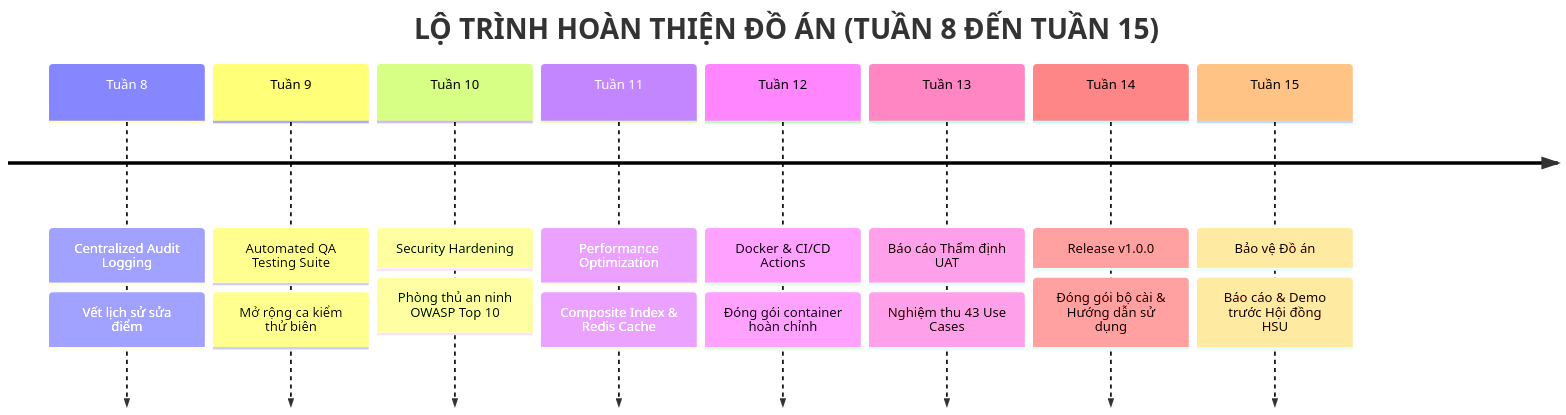
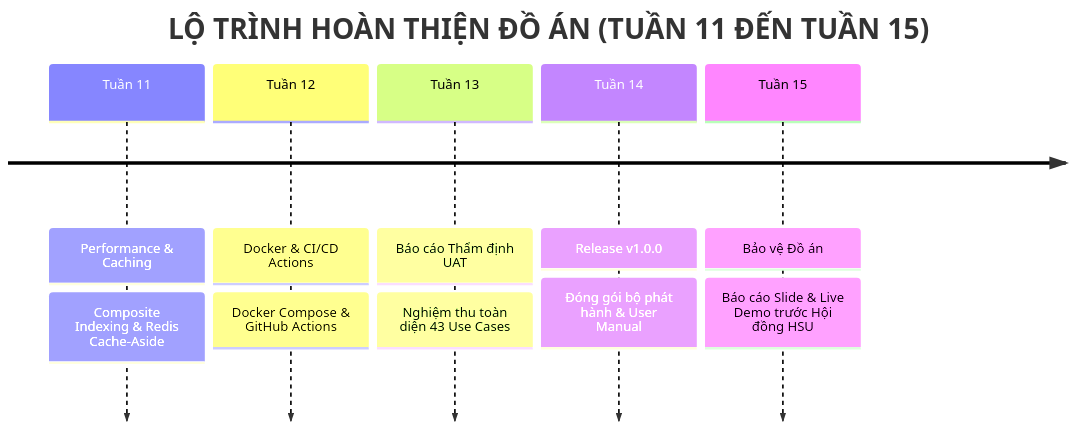
One commit to DYBInh2k5/Phat-Trien-Du-An-Phan-Mem changed the fourth of 4 diagrams in Report_Slide/slide.md. Above: the diagram before and after it, drawn with Mermaid. The commit also changed other lines of this file and 1 other file, not shown here.

Commit message:
docs(report-slide): fully update report.md and slide.md to Week 10 with 322 tests, VietQR and Clean Architecture

````diff
--- a/Report_Slide/slide.md
+++ b/Report_Slide/slide.md
@@ -286,12 +251,9 @@
 ```mermaid
 timeline
-    title LỘ TRÌNH HOÀN THIỆN ĐỒ ÁN (TUẦN 8 ĐẾN TUẦN 15)
-    Tuần 8 : Centralized Audit Logging : Vết lịch sử sửa điểm
-    Tuần 9 : Automated QA Testing Suite : Mở rộng ca kiểm thử biên
-    Tuần 10 : Security Hardening : Phòng thủ an ninh OWASP Top 10
-    Tuần 11 : Performance Optimization : Composite Index & Redis Cache
-    Tuần 12 : Docker & CI/CD Actions : Đóng gói container hoàn chỉnh
-    Tuần 13 : Báo cáo Thẩm định UAT : Nghiệm thu 43 Use Cases
-    Tuần 14 : Release v1.0.0 : Đóng gói bộ cài & Hướng dẫn sử dụng
-    Tuần 15 : Bảo vệ Đồ án : Báo cáo & Demo trước Hội đồng HSU
+    title LỘ TRÌNH HOÀN THIỆN ĐỒ ÁN (TUẦN 11 ĐẾN TUẦN 15)
+    Tuần 11 : Performance & Caching : Composite Indexing & Redis Cache-Aside
+    Tuần 12 : Docker & CI/CD Actions : Docker Compose & GitHub Actions
+    Tuần 13 : Báo cáo Thẩm định UAT : Nghiệm thu toàn diện 43 Use Cases
+    Tuần 14 : Release v1.0.0 : Đóng gói bộ phát hành & User Manual
+    Tuần 15 : Bảo vệ Đồ án : Báo cáo Slide & Live Demo trước Hội đồng HSU
 ```
````
